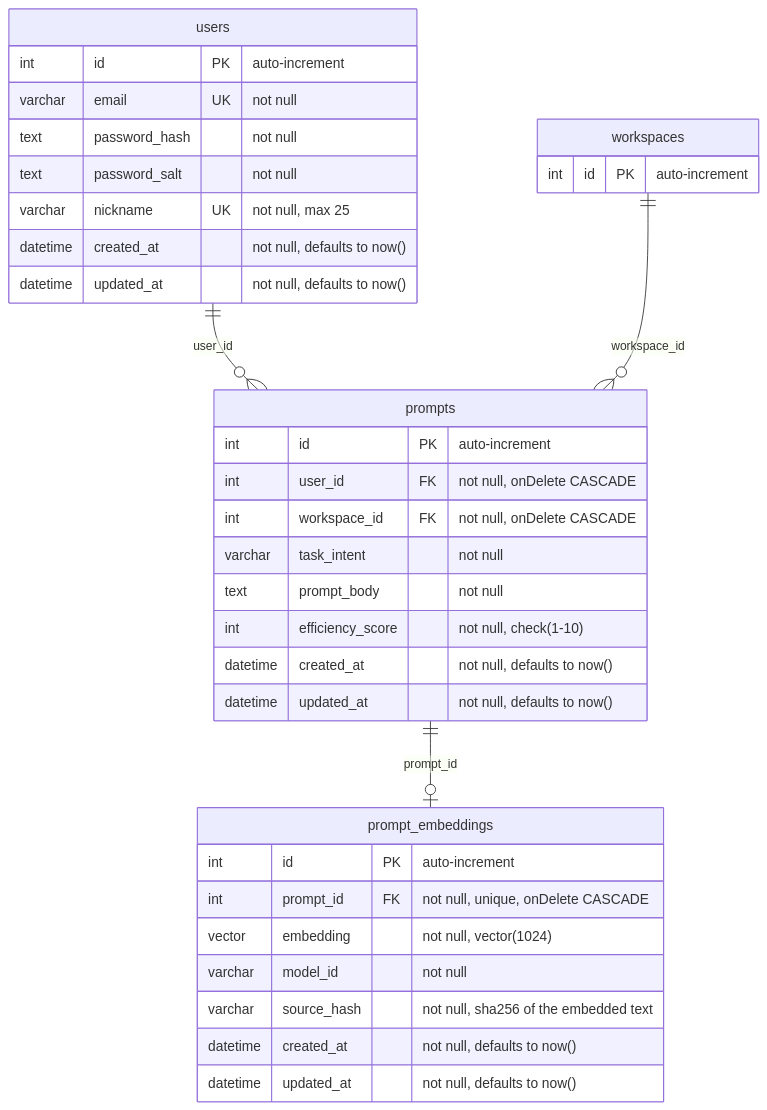
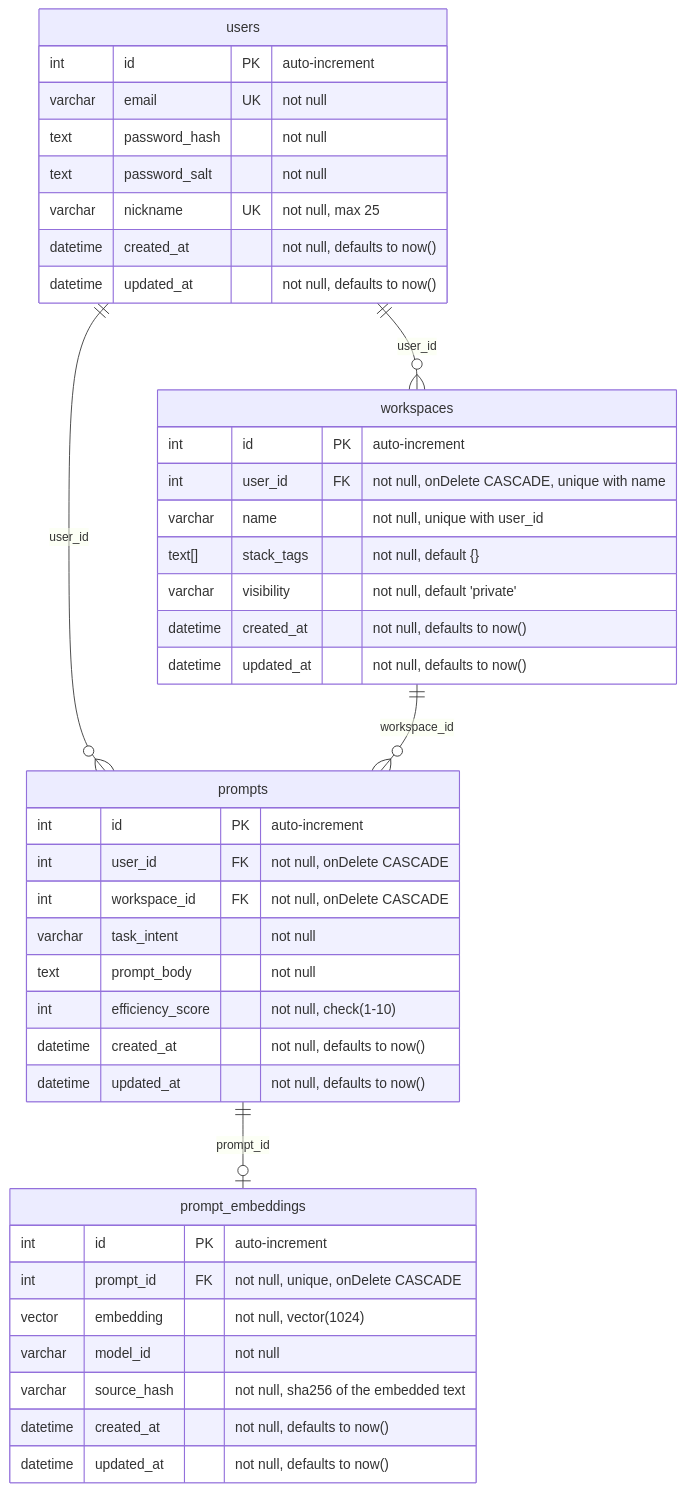
One commit to BinaryStudioAcademy/bsa-2026-promtomat changed the diagram in readme.md. Above: the diagram before and after it, drawn with Mermaid.

Commit message:
docs: document the workspace table in the readme pm-68 (#149)
* docs: document the workspace table in the readme pm-68

* fix: add missing users-workspaces relationship to the readme diagram pm-68

````diff
--- a/readme.md
+++ b/readme.md
@@ -42,41 +42,48 @@
 ```mermaid
 erDiagram
     users ||--o{ prompts : "user_id"
     workspaces ||--o{ prompts : "workspace_id"
+    users ||--o{ workspaces : "user_id"
     prompts ||--o| prompt_embeddings : "prompt_id"
 
     users {
         int id PK "auto-increment"
         varchar email UK "not null"
         text password_hash "not null"
         text password_salt "not null"
         varchar nickname UK "not null, max 25"
         datetime created_at "not null, defaults to now()"
         datetime updated_at "not null, defaults to now()"
     }
 
     workspaces {
         int id PK "auto-increment"
+        int user_id FK "not null, onDelete CASCADE, unique with name"
+        varchar name "not null, unique with user_id"
+        text[] stack_tags "not null, default {}"
+        varchar visibility "not null, default 'private'"
+        datetime created_at "not null, defaults to now()"
+        datetime updated_at "not null, defaults to now()"
     }
 
     prompts {
         int id PK "auto-increment"
         int user_id FK "not null, onDelete CASCADE"
         int workspace_id FK "not null, onDelete CASCADE"
         varchar task_intent "not null"
         text prompt_body "not null"
         int efficiency_score "not null, check(1-10)"
         datetime created_at "not null, defaults to now()"
         datetime updated_at "not null, defaults to now()"
     }
 
     prompt_embeddings {
         int id PK "auto-increment"
         int prompt_id FK "not null, unique, onDelete CASCADE"
         vector embedding "not null, vector(1024)"
         varchar model_id "not null"
         varchar source_hash "not null, sha256 of the embedded text"
         datetime created_at "not null, defaults to now()"
         datetime updated_at "not null, defaults to now()"
     }
 ```
````
